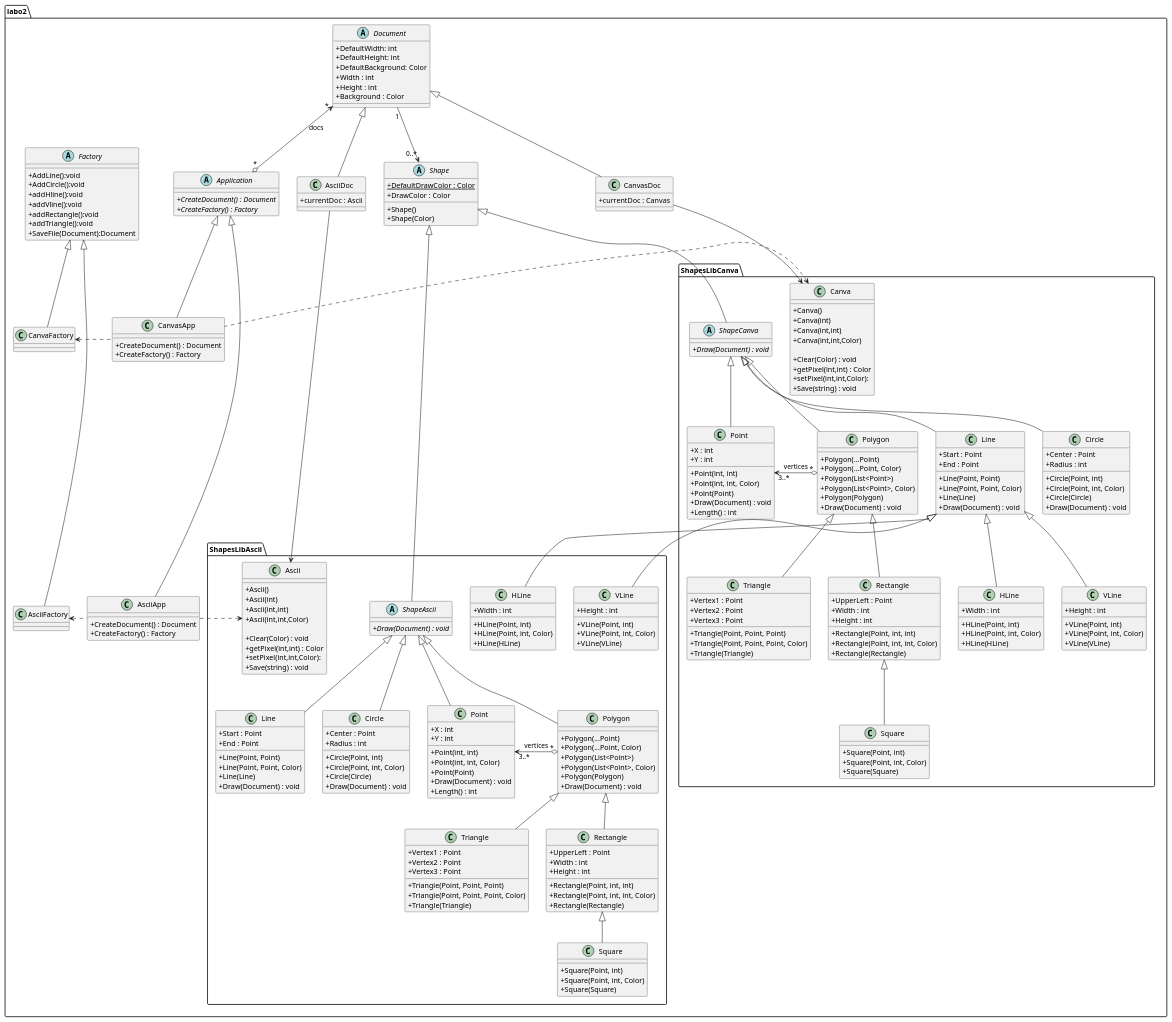
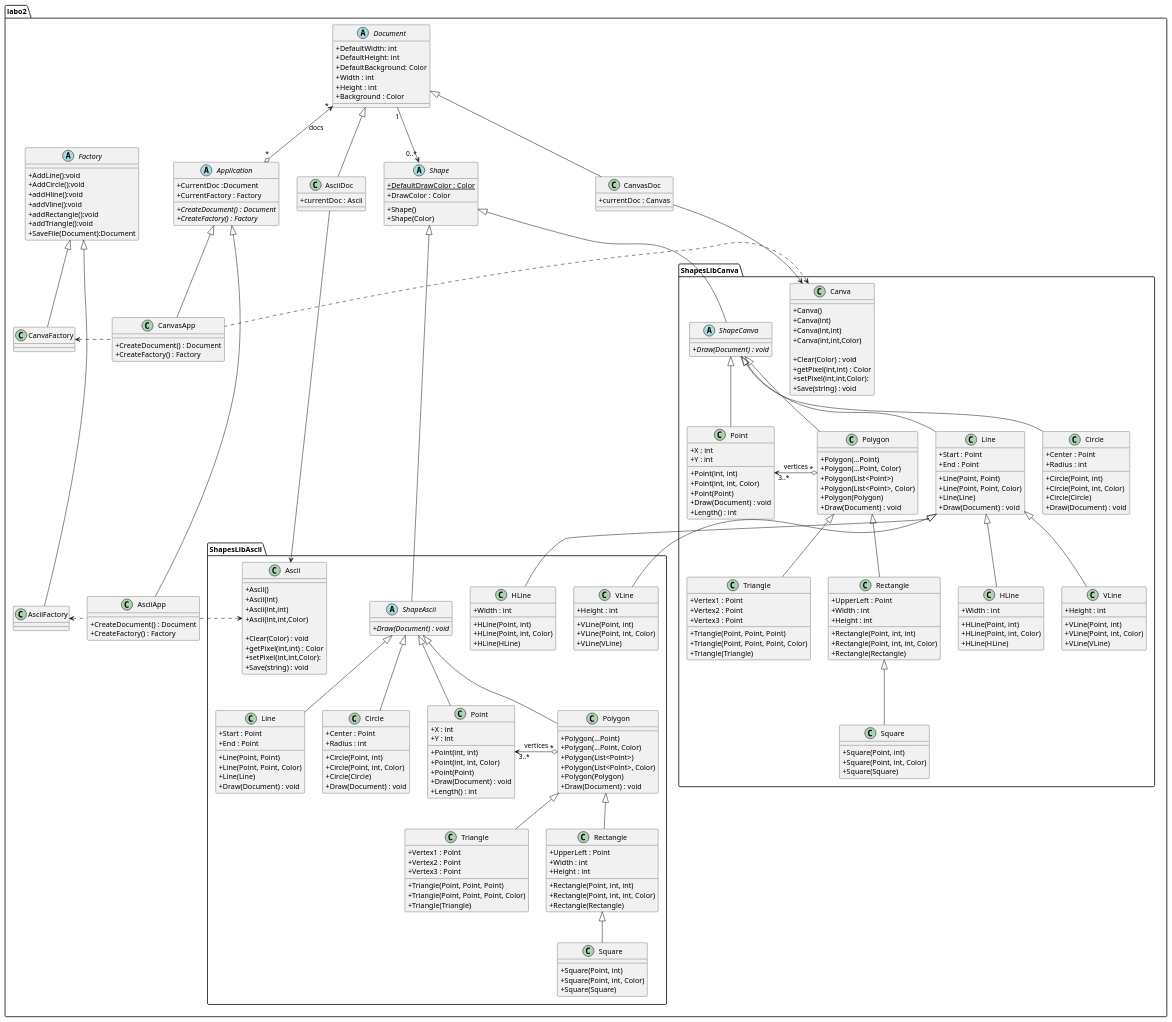
Before and after one commit to SlimeLord0905/Lab2_Analyse_objet_MathieuMercier: the diagram in labo2/shapes_class_diagram.md, drawn with PlantUML. The commit also changed 2 other files, not shown here.

Commit message:
Final touch and minor adjustment

```diff
--- a/labo2/shapes_class_diagram.md
+++ b/labo2/shapes_class_diagram.md
@@ -75,7 +75,9 @@
 AsciiDoc --> labo2.ShapesLibAscii.Ascii
 
 abstract class Application {
-   +{abstract} CreateDocument() : Document
+  +CurrentDoc :Document
+  +CurrentFactory : Factory
+  +{abstract} CreateDocument() : Document
   +{abstract} CreateFactory() : Factory
 }
 Document "*" <-o "*" Application :docs  
```
